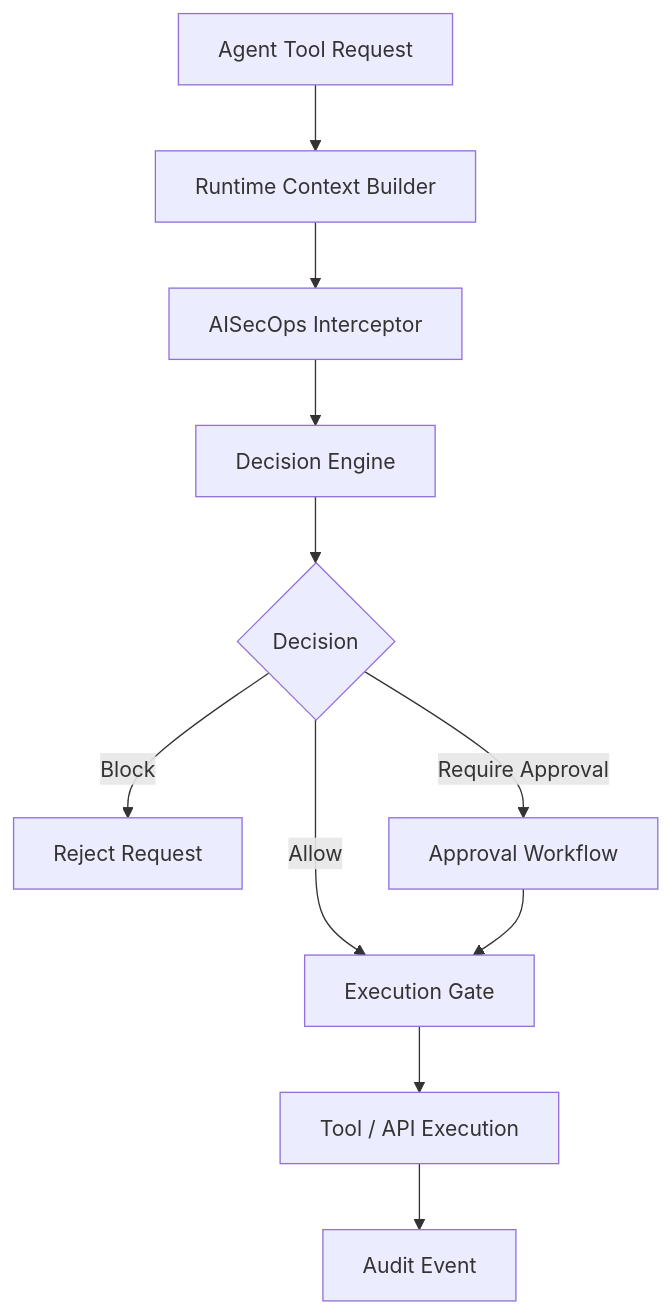
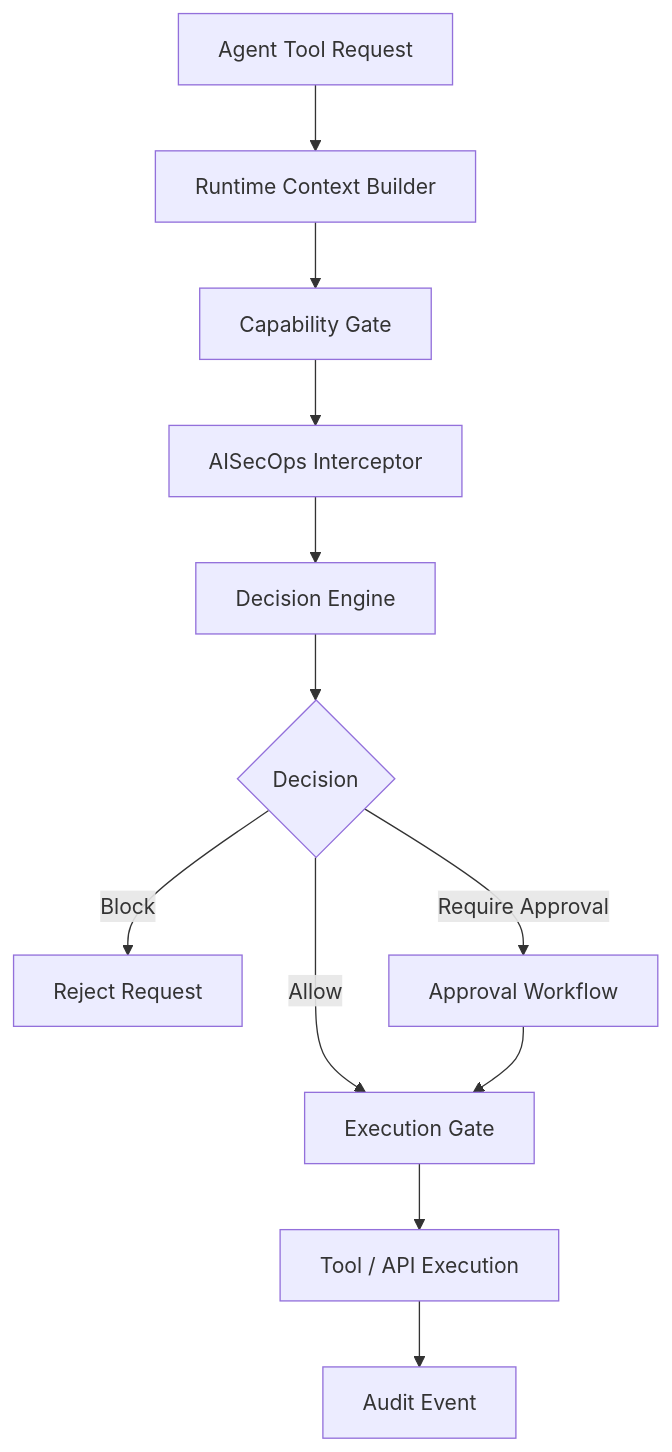
The fifth of 6 diagrams in README.md (viplavfauzdar/aisecops-interceptor), drawn with Mermaid before and after one commit. The commit also changed other lines of this file and 2 other files, not shown here.

````diff
--- a/README.md
+++ b/README.md
@@ -465,25 +469,27 @@
 ```mermaid
 flowchart TD
 
 A[Agent Tool Request]
 
 A --> B[Runtime Context Builder]
 
-B --> C[AISecOps Interceptor]
+B --> C[Capability Gate]
 
-C --> D[Decision Engine]
+C --> D[AISecOps Interceptor]
 
-D --> E{Decision}
+D --> E[Decision Engine]
 
-E -->|Allow| F[Execution Gate]
+E --> F{Decision}
 
-E -->|Block| G[Reject Request]
+F -->|Allow| G[Execution Gate]
 
-E -->|Require Approval| H[Approval Workflow]
+F -->|Block| H[Reject Request]
 
-H --> F
+F -->|Require Approval| I[Approval Workflow]
 
-F --> I[Tool / API Execution]
+I --> G
 
-I --> J[Audit Event]
+G --> J[Tool / API Execution]
+
+J --> K[Audit Event]
 ```
````
